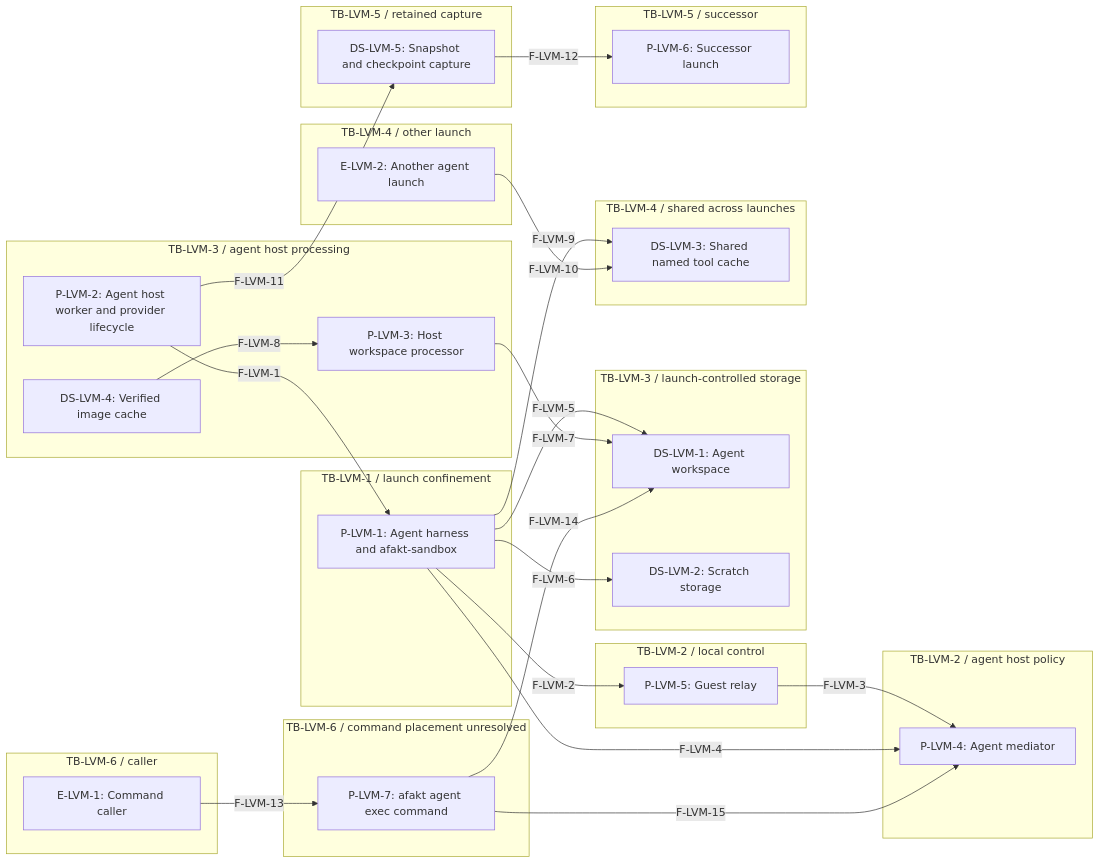
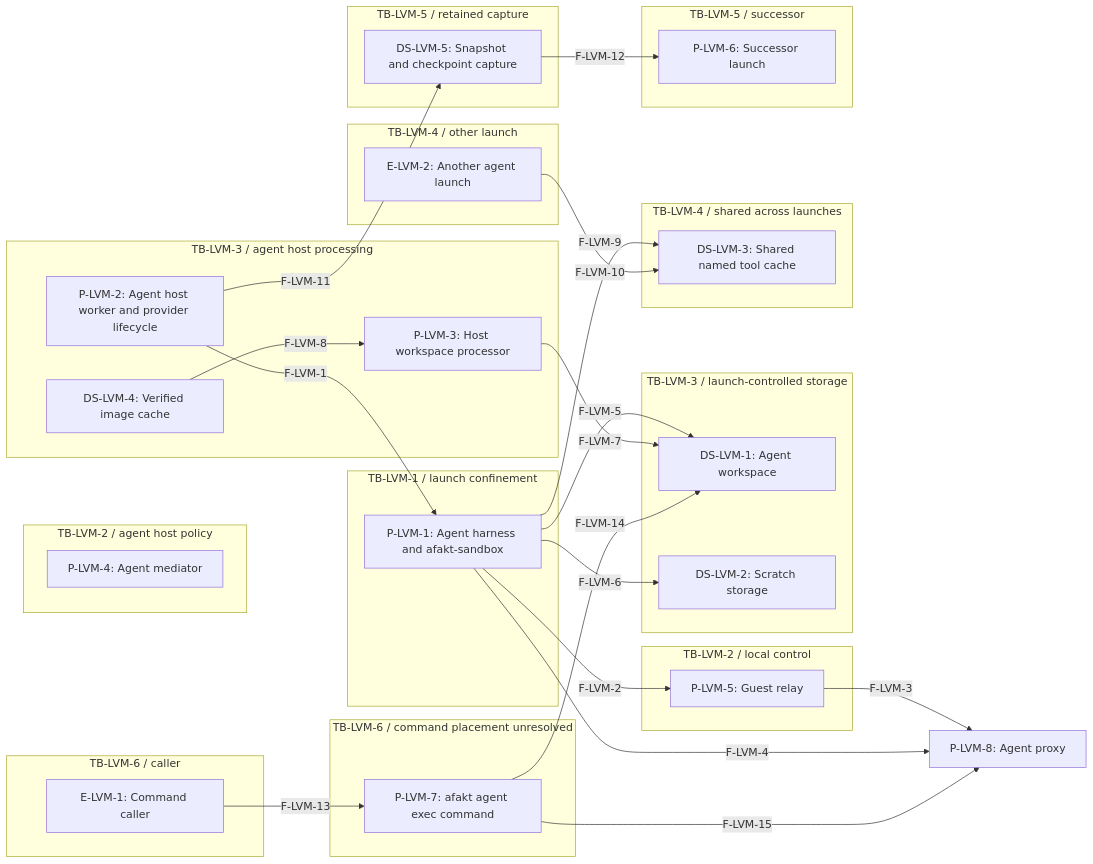
Before and after one commit to tbhb-dev/afakt: the first of 6 diagrams in docs/agent-threat-model-linux-vm.md, drawn with Mermaid. The commit also changed other lines of this file and 96 other files, not shown here.

````diff
--- a/docs/agent-threat-model-linux-vm.md
+++ b/docs/agent-threat-model-linux-vm.md
@@ -77,54 +77,55 @@
 ```mermaid
 flowchart LR
+    P-LVM-8["P-LVM-8: Agent proxy"]
     subgraph z0["TB-LVM-1 / launch confinement"]
         P-LVM-1["P-LVM-1: Agent harness and afakt-sandbox"]
     end
     subgraph z1["TB-LVM-2 / local control"]
         P-LVM-5["P-LVM-5: Guest relay"]
     end
     subgraph z2["TB-LVM-2 / agent host policy"]
         P-LVM-4["P-LVM-4: Agent mediator"]
     end
     subgraph z3["TB-LVM-3 / launch-controlled storage"]
         DS-LVM-1["DS-LVM-1: Agent workspace"]
         DS-LVM-2["DS-LVM-2: Scratch storage"]
     end
     subgraph z4["TB-LVM-3 / agent host processing"]
         P-LVM-2["P-LVM-2: Agent host worker and provider lifecycle"]
         P-LVM-3["P-LVM-3: Host workspace processor"]
         DS-LVM-4["DS-LVM-4: Verified image cache"]
     end
     subgraph z5["TB-LVM-4 / shared across launches"]
         DS-LVM-3["DS-LVM-3: Shared named tool cache"]
     end
     subgraph z6["TB-LVM-4 / other launch"]
         E-LVM-2["E-LVM-2: Another agent launch"]
     end
     subgraph z7["TB-LVM-5 / retained capture"]
         DS-LVM-5["DS-LVM-5: Snapshot and checkpoint capture"]
     end
     subgraph z8["TB-LVM-5 / successor"]
         P-LVM-6["P-LVM-6: Successor launch"]
     end
     subgraph z9["TB-LVM-6 / caller"]
         E-LVM-1["E-LVM-1: Command caller"]
     end
     subgraph z10["TB-LVM-6 / command placement unresolved"]
         P-LVM-7["P-LVM-7: afakt agent exec command"]
     end
     P-LVM-2 -->|"F-LVM-1"| P-LVM-1
     P-LVM-1 -->|"F-LVM-2"| P-LVM-5
-    P-LVM-5 -->|"F-LVM-3"| P-LVM-4
-    P-LVM-1 -->|"F-LVM-4"| P-LVM-4
+    P-LVM-5 -->|"F-LVM-3"| P-LVM-8
+    P-LVM-1 -->|"F-LVM-4"| P-LVM-8
     P-LVM-1 -->|"F-LVM-5"| DS-LVM-1
     P-LVM-1 -->|"F-LVM-6"| DS-LVM-2
     P-LVM-3 -->|"F-LVM-7"| DS-LVM-1
     DS-LVM-4 -->|"F-LVM-8"| P-LVM-3
     P-LVM-1 -->|"F-LVM-9"| DS-LVM-3
     E-LVM-2 -->|"F-LVM-10"| DS-LVM-3
     P-LVM-2 -->|"F-LVM-11"| DS-LVM-5
     DS-LVM-5 -->|"F-LVM-12"| P-LVM-6
     E-LVM-1 -->|"F-LVM-13"| P-LVM-7
     P-LVM-7 -->|"F-LVM-14"| DS-LVM-1
-    P-LVM-7 -->|"F-LVM-15"| P-LVM-4
+    P-LVM-7 -->|"F-LVM-15"| P-LVM-8
 ```
````
